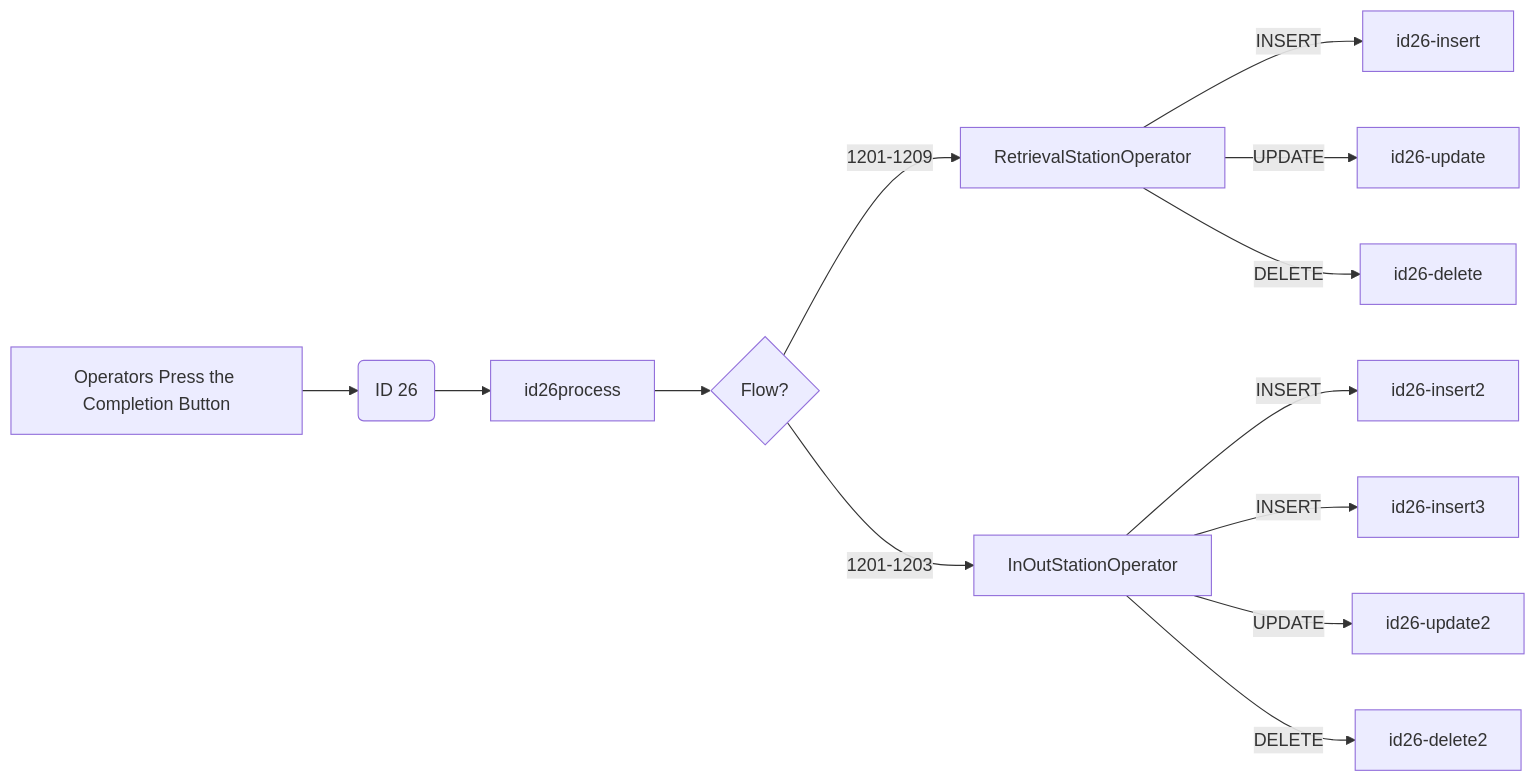
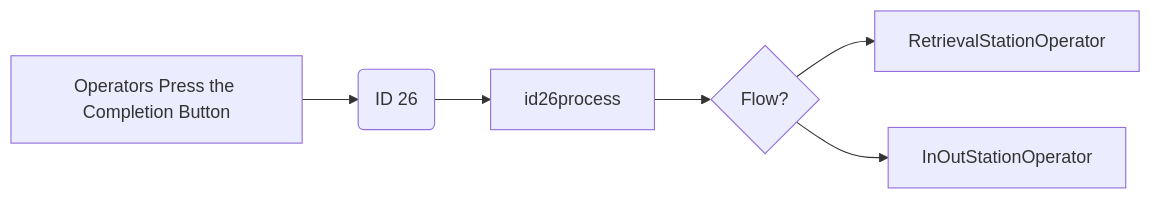
Diagram 19 of 20 in Basic-Design/DFD-WMS/Retrieval/Specific-Location-Retrieval-Setting.md (luthfiadityaa/SimeDarby-Wiki), drawn with Mermaid before and after one commit. The commit also changed other lines of this file, not shown here.

Commit message:
Updated Specific Location Retrieval Setting

```diff
--- a/Basic-Design/DFD-WMS/Retrieval/Specific-Location-Retrieval-Setting.md
+++ b/Basic-Design/DFD-WMS/Retrieval/Specific-Location-Retrieval-Setting.md
@@ -835,29 +835,18 @@
 ::: mermaid
 flowchart LR
 
 buttonclicked["
 Operators Press the Completion Button
 "]
 
 id26msg("
 ID 26
 ")
 
 id26process[id26process]
 
 buttonclicked --> id26msg
 id26msg -->id26process-->Cond1{Flow?}
-
-RetrievalStationOperator--> |INSERT| id26-insert 
-RetrievalStationOperator--> |UPDATE| id26-update 
-RetrievalStationOperator--> |DELETE| id26-delete 
-
-Cond1{Flow?} --> |1201-1209| RetrievalStationOperator
-Cond1{Flow?} --> |1201-1203| InOutStationOperator
-
-InOutStationOperator--> |INSERT| id26-insert2
-InOutStationOperator--> |INSERT| id26-insert3
-InOutStationOperator--> |UPDATE| id26-update2
-InOutStationOperator--> |DELETE| id26-delete2
-
+Cond1{Flow?} --> RetrievalStationOperator
+Cond1{Flow?} --> InOutStationOperator
 :::
```
